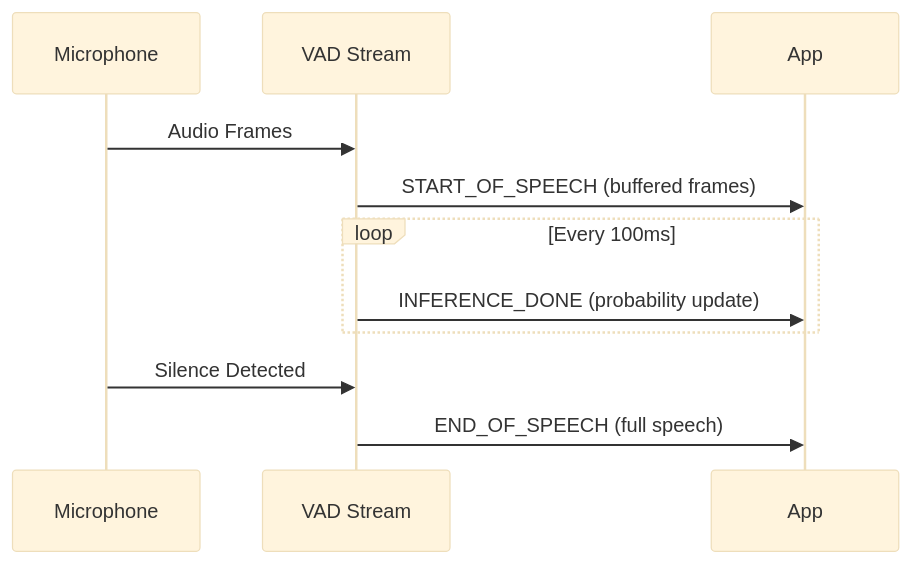
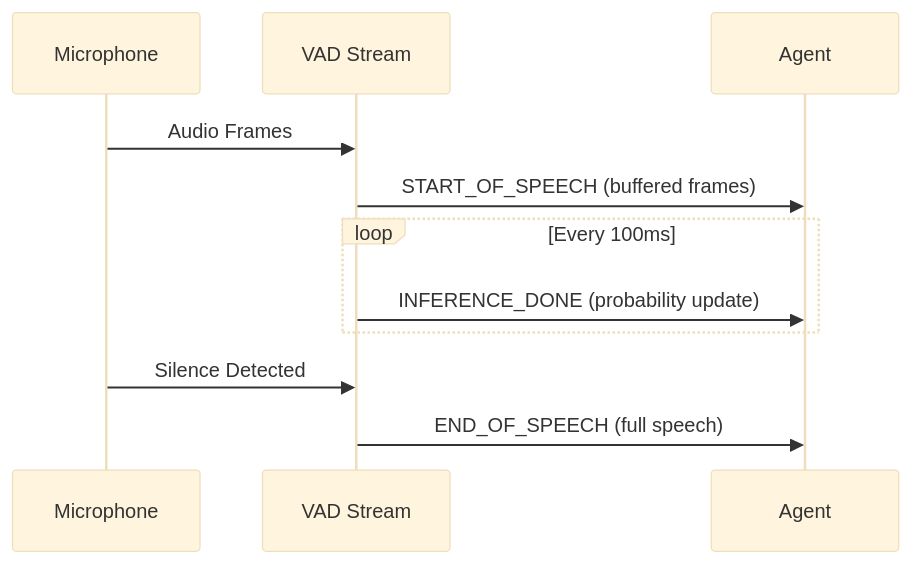
One commit to yepher/livekit_info changed the first of 2 diagrams in sections/040_vad.md. Above: the diagram before and after it, drawn with Mermaid (base theme). The commit also changed other lines of this file and 3 other files, not shown here.

````diff
--- a/sections/040_vad.md
+++ b/sections/040_vad.md
@@ -29,14 +29,14 @@
 ```mermaid
 sequenceDiagram
     participant Mic as Microphone
     participant VAD as VAD Stream
-    participant App
+    participant App as Agent
     
     Mic->>VAD: Audio Frames
     VAD->>App: START_OF_SPEECH (buffered frames)
     loop Every 100ms
         VAD->>App: INFERENCE_DONE (probability update)
     end
     Mic->>VAD: Silence Detected
     VAD->>App: END_OF_SPEECH (full speech)
 ```
````
